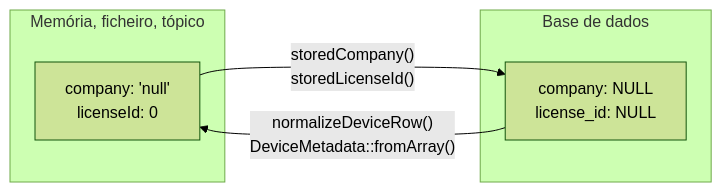
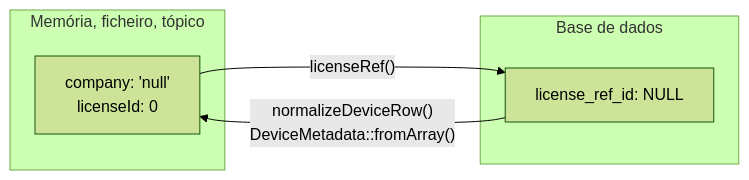
One commit to hvieira512/havicare-hub changed the second of 2 diagrams in docs/07-multi-inquilino.md. Above: the diagram before and after it, drawn with Mermaid (forest theme). The commit also changed other lines of this file and 39 other files, not shown here.

````diff
--- a/docs/07-multi-inquilino.md
+++ b/docs/07-multi-inquilino.md
@@ -57,11 +57,11 @@
 ```mermaid
 flowchart LR
   subgraph mem["Memória, ficheiro, tópico"]
     A["company: 'null'<br/>licenseId: 0"]
   end
   subgraph db["Base de dados"]
-    B["company: NULL<br/>license_id: NULL"]
+    B["license_ref_id: NULL"]
   end
-  A -->|"storedCompany()<br/>storedLicenseId()"| B
+  A -->|"licenseRef()"| B
   B -->|"normalizeDeviceRow()<br/>DeviceMetadata::fromArray()"| A
 ```
````
